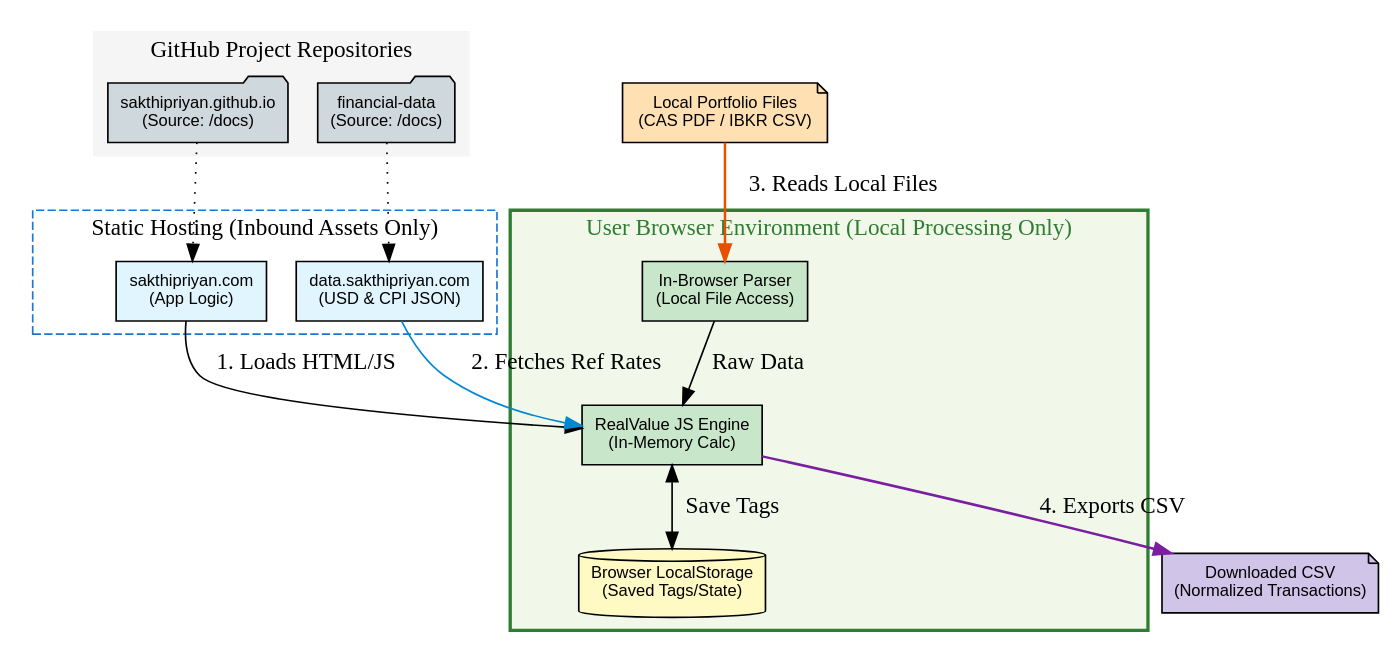
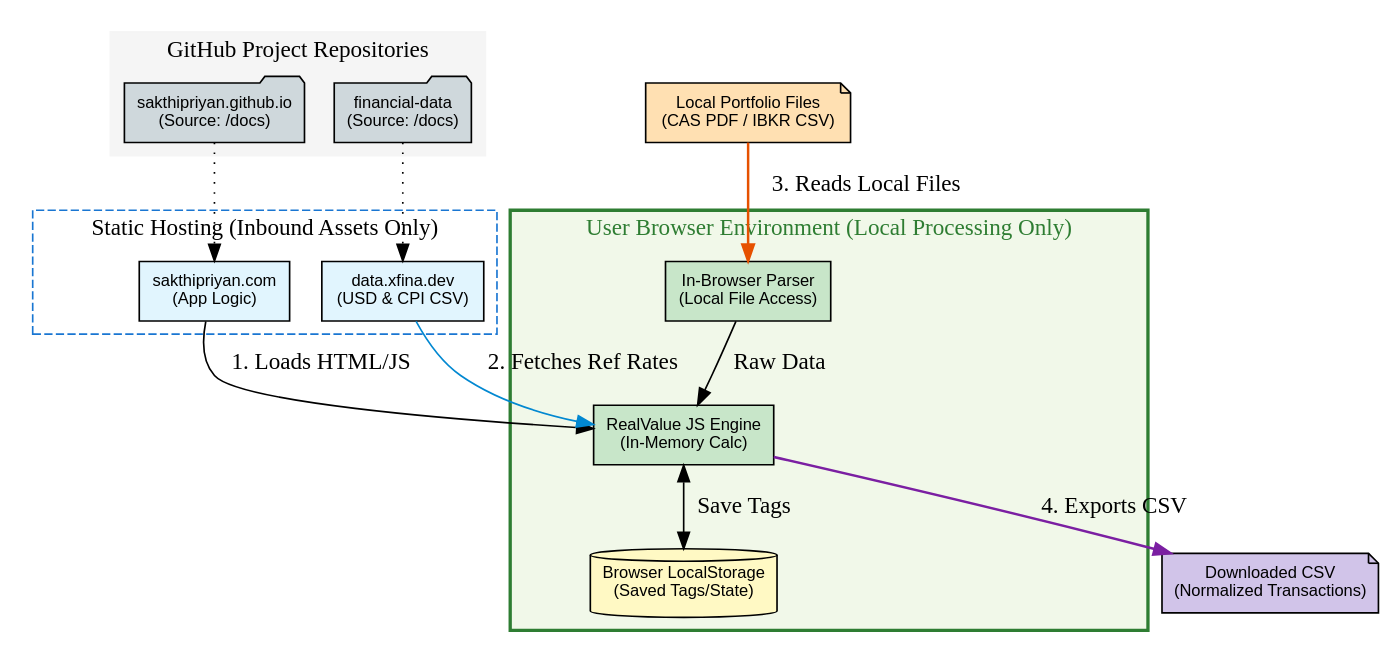
Before and after one commit to sakthipriyan/sakthipriyan.github.io: the diagram in content/building-wealth/tools/realvalue-portfolio.md, drawn with Graphviz. The commit also changed other lines of this file and 3 other files, not shown here.

First line of the commit message:
feat: migrate to data.xfina.dev endpoints (#140)

````diff
--- a/content/building-wealth/tools/realvalue-portfolio.md
+++ b/content/building-wealth/tools/realvalue-portfolio.md
@@ -144,43 +144,43 @@
 ```dot
 digraph RealValueComplete {
     rankdir=TB;
     node [shape=box, style=filled, fontname="Arial", fontsize=10];
     compound=true;
 
     subgraph cluster_github {
         label = "GitHub Project Repositories";
         style = filled; color = "#f5f5f5";
         RepoApp [label="sakthipriyan.github.io\n(Source: /docs)", shape=folder, fillcolor="#cfd8dc"];
         RepoData [label="financial-data\n(Source: /docs)", shape=folder, fillcolor="#cfd8dc"];
     }
 
     subgraph cluster_hosting {
         label = "Static Hosting (Inbound Assets Only)";
         style = dashed; color = "#1976d2";
         SiteApp [label="sakthipriyan.com\n(App Logic)", fillcolor="#e1f5fe"];
-        SiteData [label="data.sakthipriyan.com\n(USD & CPI JSON)", fillcolor="#e1f5fe"];
+        SiteData [label="data.xfina.dev\n(USD & CPI CSV)", fillcolor="#e1f5fe"];
     }
 
     subgraph cluster_browser {
         label = "User Browser Environment (Local Processing Only)";
         labeljust = "l";
         style = bold; color = "#2e7d32"; fontcolor = "#2e7d32"; bgcolor = "#f1f8e9";
         Engine [label="RealValue JS Engine\n(In-Memory Calc)", fillcolor="#c8e6c9"];
         Storage [label="Browser LocalStorage\n(Saved Tags/State)", fillcolor="#fff9c4", shape=cylinder];
         Parser [label="In-Browser Parser\n(Local File Access)", fillcolor="#c8e6c9"];
         Parser -> Engine [label="Raw Data"];
         Engine -> Storage [label="Save Tags", dir=both];
     }
 
     UserFiles [label="Local Portfolio Files\n(CAS PDF / IBKR CSV)", fillcolor="#ffe0b2", shape=note];
     LocalCSV [label="Downloaded CSV\n(Normalized Transactions)", fillcolor="#d1c4e9", shape=note];
 
     RepoApp -> SiteApp [style=dotted];
     RepoData -> SiteData [style=dotted];
 
     SiteApp -> Engine [label="1. Loads HTML/JS"];
     SiteData -> Engine [label="2. Fetches Ref Rates", color="#0288d1"];
     UserFiles -> Parser [label="3. Reads Local Files", color="#e65100", penwidth=1.5];
     Engine -> LocalCSV [label="4. Exports CSV", color="#7b1fa2", penwidth=1.5];
 }
 ```
````
